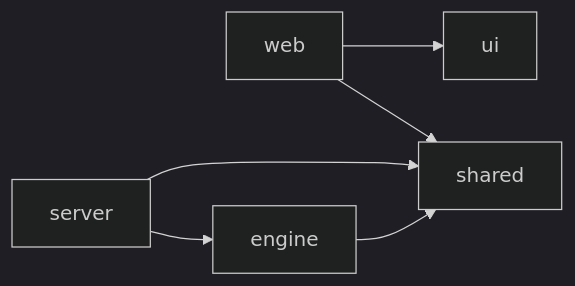
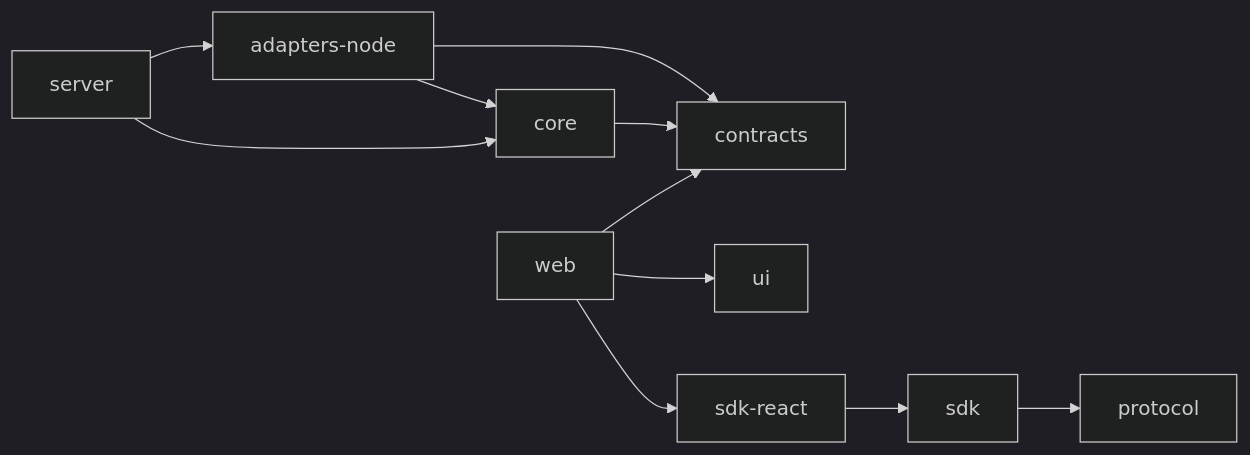
One commit to ductbuix/flows changed the second of 3 diagrams in docs/designs/des-015-architecture.md. Above: the diagram before and after it, drawn with Mermaid (dark theme). The commit also changed other lines of this file and 687 other files, not shown here.

First line of the commit message:
v2 completion: mock parity, runs on core, old engine removed (DES-043) (#23)

````diff
--- a/docs/designs/des-015-architecture.md
+++ b/docs/designs/des-015-architecture.md
@@ -59,7 +61,11 @@
 ```mermaid
 flowchart LR
-  web --> shared
+  web --> contracts
   web --> ui
-  server --> engine --> shared
-  server --> shared
+  web --> sdk-react --> sdk --> protocol
+  server --> core
+  server --> adapters-node
+  core --> contracts
+  adapters-node --> core
+  adapters-node --> contracts
 ```
````
